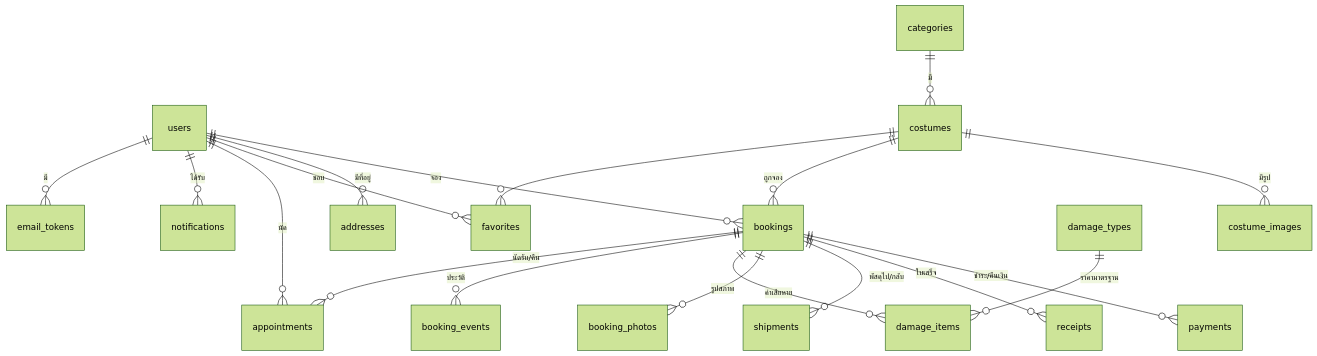
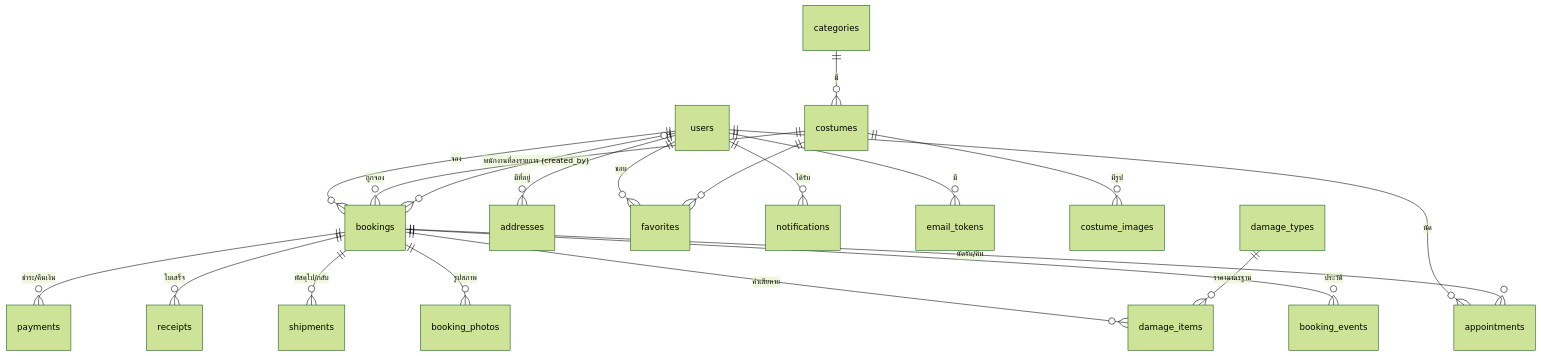
The fifth of 5 diagrams in docs/PROJECT-GUIDE.md (serlorsx-xln/panteen-rent), drawn with Mermaid (forest theme) before and after one commit. The commit also changed other lines of this file and 6 other files, not shown here.

````diff
--- a/docs/PROJECT-GUIDE.md
+++ b/docs/PROJECT-GUIDE.md
@@ -1030,21 +1030,22 @@
 ```mermaid
 erDiagram
     users ||--o{ bookings : "จอง"
     users ||--o{ addresses : "มีที่อยู่"
     users ||--o{ favorites : "ชอบ"
     users ||--o{ appointments : "นัด"
     users ||--o{ notifications : "ได้รับ"
     users ||--o{ email_tokens : "มี"
     categories ||--o{ costumes : "มี"
     costumes ||--o{ costume_images : "มีรูป"
     costumes ||--o{ bookings : "ถูกจอง"
     costumes ||--o{ favorites : ""
     bookings ||--o{ payments : "ชำระ/คืนเงิน"
     bookings ||--o{ receipts : "ใบเสร็จ"
     bookings ||--o{ shipments : "พัสดุไป/กลับ"
     bookings ||--o{ booking_photos : "รูปสภาพ"
     bookings ||--o{ damage_items : "ค่าเสียหาย"
     bookings ||--o{ booking_events : "ประวัติ"
     bookings ||--o{ appointments : "นัดรับ/คืน"
     damage_types ||--o{ damage_items : "ราคามาตรฐาน"
+    users |o--o{ bookings : "พนักงานที่ลงรายการ (created_by)"
 ```
````
